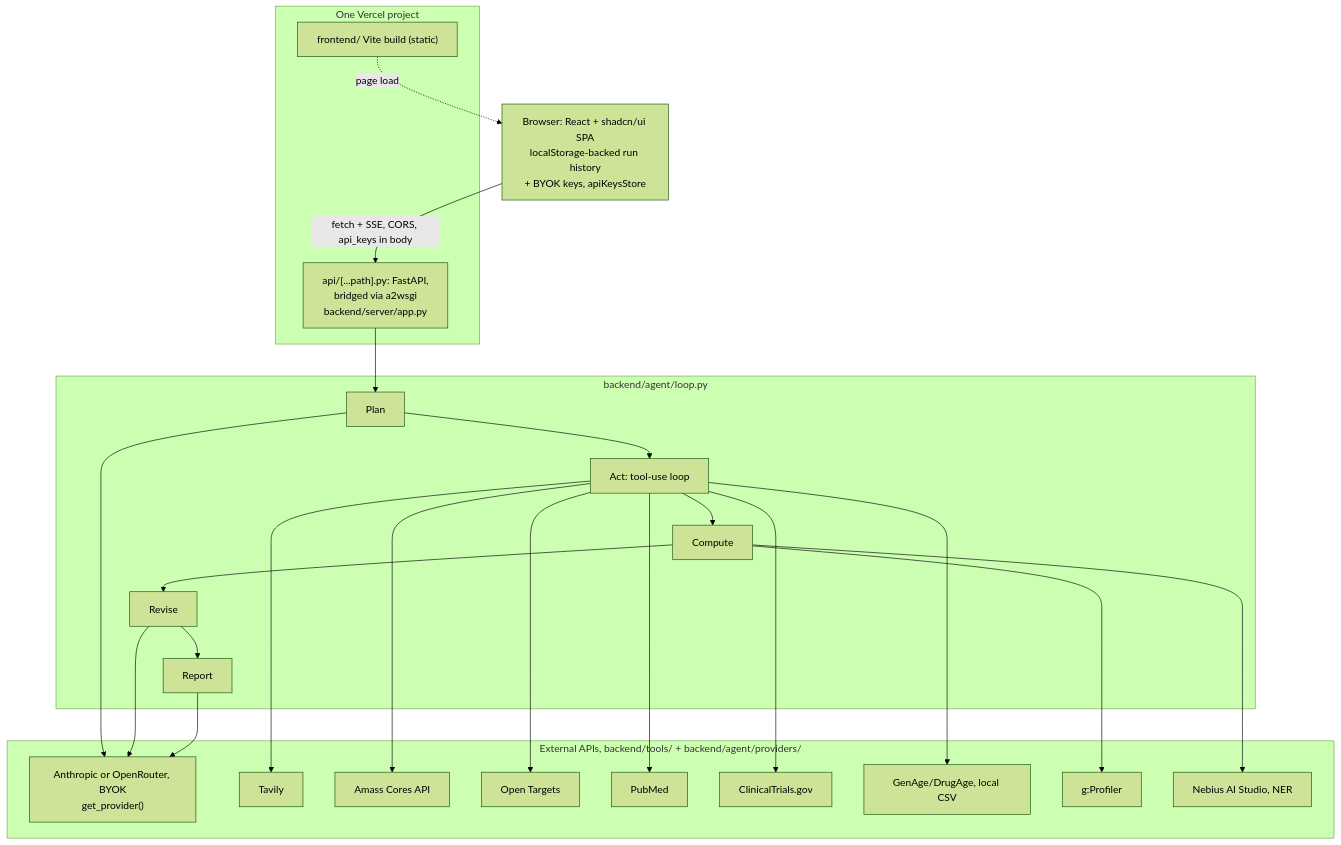
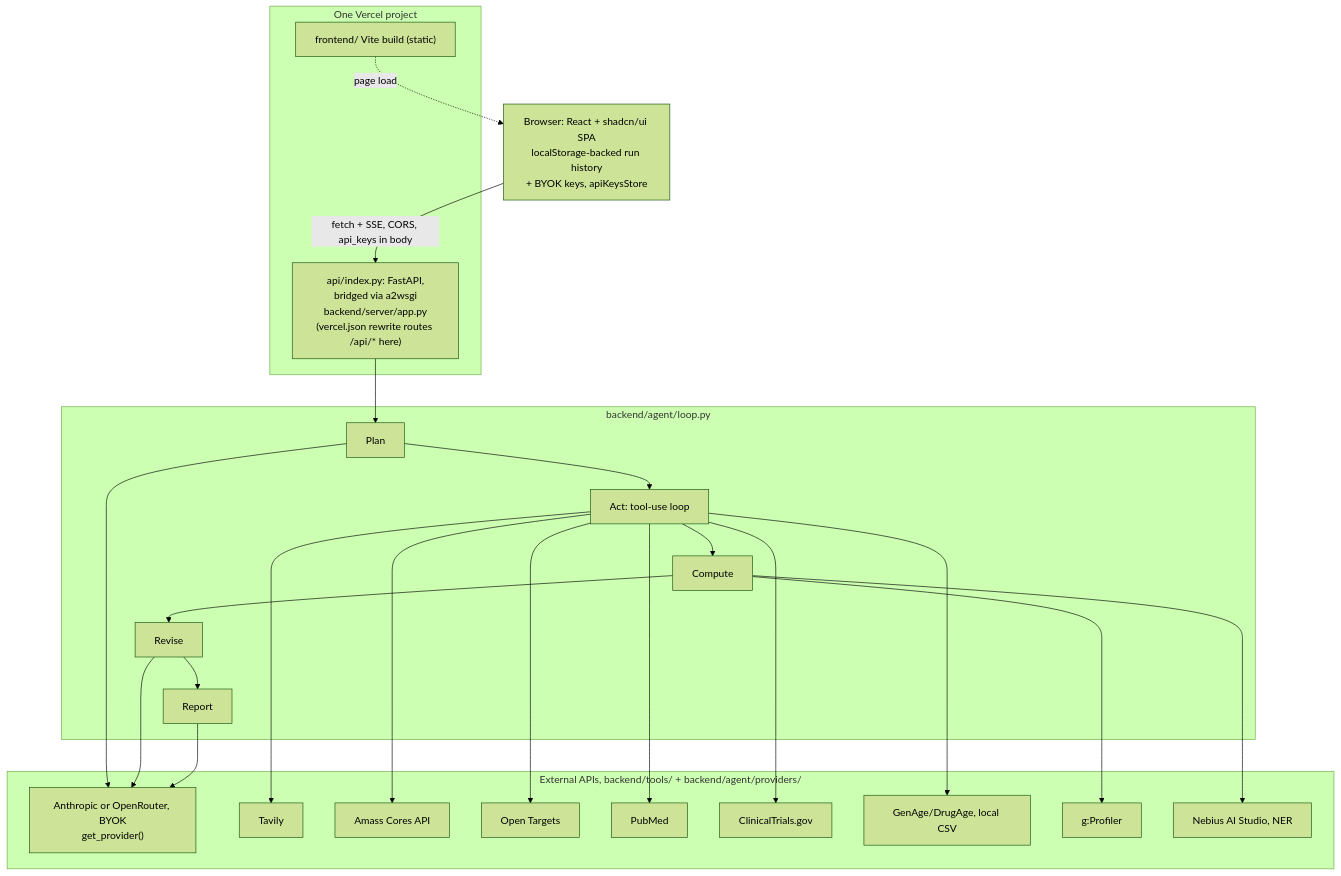
The diagram in docs/ARCHITECTURE.md (LeoEckert/Hypothetically_Speaking), drawn with Mermaid (forest theme) before and after one commit. The commit also changed 9 other files, not shown here.

````diff
--- a/docs/ARCHITECTURE.md
+++ b/docs/ARCHITECTURE.md
@@ -27,43 +27,43 @@
 ```mermaid
 flowchart TB
     UI["Browser: React + shadcn/ui SPA<br/>localStorage-backed run history<br/>+ BYOK keys, apiKeysStore"]
 
     subgraph Vercel["One Vercel project"]
         FE["frontend/ Vite build (static)"]
-        API["api/[...path].py: FastAPI,<br/>bridged via a2wsgi<br/>backend/server/app.py"]
+        API["api/index.py: FastAPI,<br/>bridged via a2wsgi<br/>backend/server/app.py<br/>(vercel.json rewrite routes /api/* here)"]
     end
 
     subgraph Loop["backend/agent/loop.py"]
         Plan --> Act["Act: tool-use loop"]
         Act --> Compute
         Compute --> Revise
         Revise --> Report
     end
 
     subgraph Ext["External APIs, backend/tools/ + backend/agent/providers/"]
         LLM["Anthropic or OpenRouter, BYOK<br/>get_provider()"]
         Tavily
         Amass["Amass Cores API"]
         OpenTargets["Open Targets"]
         PubMed
         CT["ClinicalTrials.gov"]
         GenAge["GenAge/DrugAge, local CSV"]
         GProfiler["g:Profiler"]
         NebiusAI["Nebius AI Studio, NER"]
     end
 
     FE -.->|"page load"| UI
     UI -->|"fetch + SSE, CORS, api_keys in body"| API
     API --> Plan
     Act --> Tavily
     Act --> Amass
     Act --> OpenTargets
     Act --> PubMed
     Act --> CT
     Act --> GenAge
     Compute --> NebiusAI
     Compute --> GProfiler
     Plan --> LLM
     Revise --> LLM
     Report --> LLM
 ```
````
